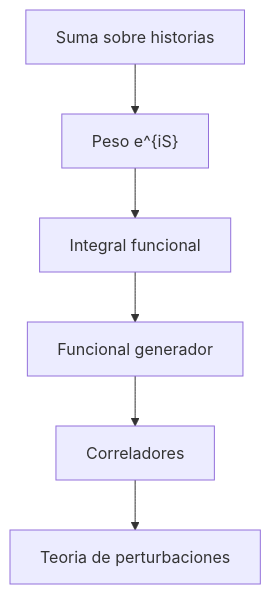
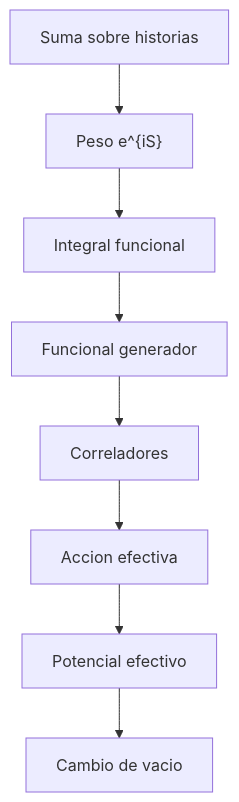
One commit to LegalIntermediaSL/QFT changed the diagram in Tutorial/08_integral_de_camino/README.md. Above: the diagram before and after it, drawn with Mermaid. The commit also changed other lines of this file and 76 other files, not shown here.

````diff
--- a/Tutorial/08_integral_de_camino/README.md
+++ b/Tutorial/08_integral_de_camino/README.md
@@ -14,8 +22,10 @@
 ```mermaid
 flowchart TD
     A["Suma sobre historias"] --> B["Peso e^{iS}"]
     B --> C["Integral funcional"]
     C --> D["Funcional generador"]
     D --> E["Correladores"]
-    E --> F["Teoria de perturbaciones"]
+    E --> F["Accion efectiva"]
+    F --> G["Potencial efectivo"]
+    G --> H["Cambio de vacio"]
 ```
````
